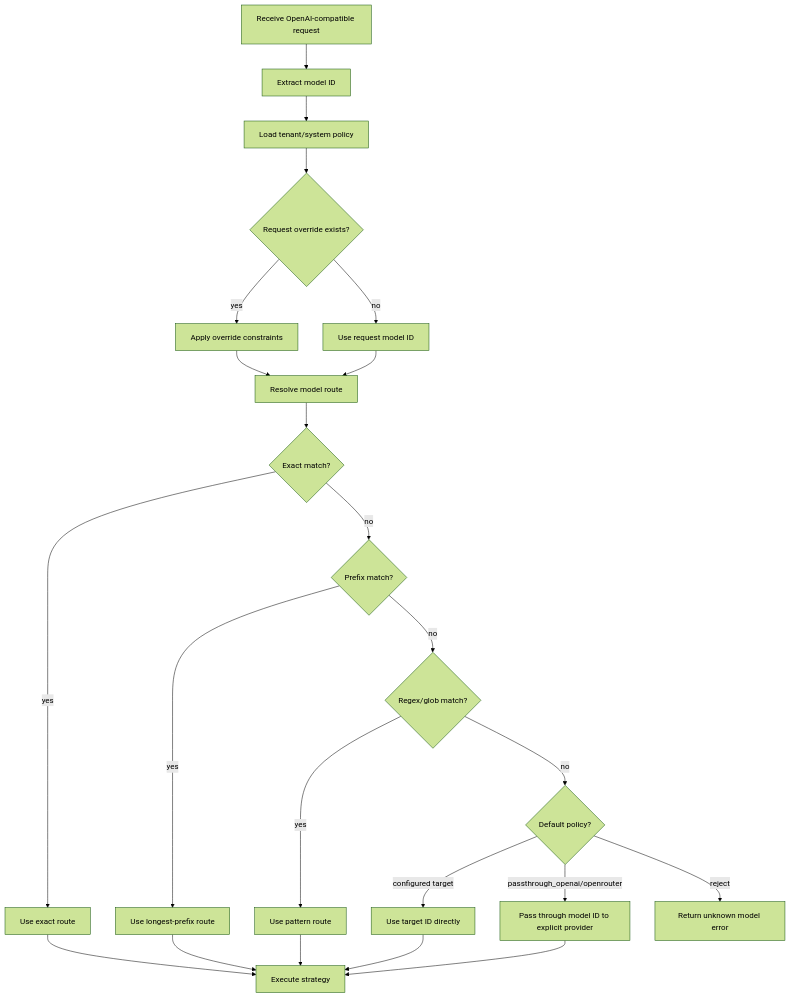
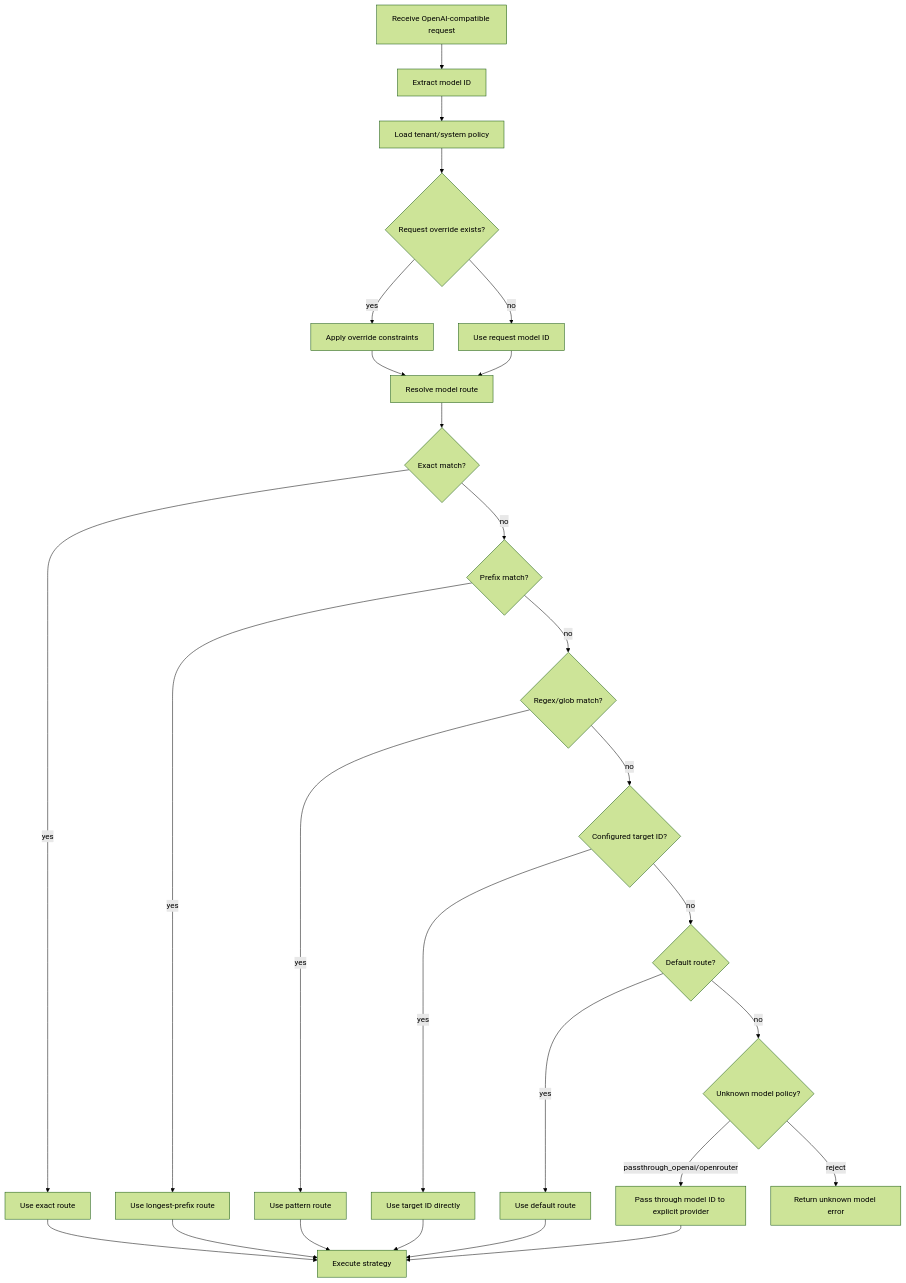
One commit to BlueSkyXN/XRouter changed the first of 14 diagrams in docs/strategy/XROUTER_STRATEGY_DESIGN_FULL.md. Above: the diagram before and after it, drawn with Mermaid (forest theme). The commit also changed other lines of this file and 29 other files, not shown here.

````diff
--- a/docs/strategy/XROUTER_STRATEGY_DESIGN_FULL.md
+++ b/docs/strategy/XROUTER_STRATEGY_DESIGN_FULL.md
@@ -176,25 +176,29 @@
 ```mermaid
 flowchart TD
     A[Receive OpenAI-compatible request] --> B[Extract model ID]
     B --> C[Load tenant/system policy]
     C --> D{Request override exists?}
     D -- yes --> E[Apply override constraints]
     D -- no --> F[Use request model ID]
     E --> G[Resolve model route]
     F --> G
     G --> H{Exact match?}
     H -- yes --> I[Use exact route]
     H -- no --> J{Prefix match?}
     J -- yes --> K[Use longest-prefix route]
     J -- no --> L{Regex/glob match?}
     L -- yes --> M[Use pattern route]
-    L -- no --> N{Default policy?}
-    N -- configured target --> O[Use target ID directly]
-    N -- passthrough_openai/openrouter --> R[Pass through model ID to explicit provider]
-    N -- reject --> P[Return unknown model error]
+    L -- no --> N{Configured target ID?}
+    N -- yes --> O[Use target ID directly]
+    N -- no --> S{Default route?}
+    S -- yes --> T[Use default route]
+    S -- no --> U{Unknown model policy?}
+    U -- passthrough_openai/openrouter --> R[Pass through model ID to explicit provider]
+    U -- reject --> P[Return unknown model error]
     I --> Q[Execute strategy]
     K --> Q
     M --> Q
     O --> Q
+    T --> Q
     R --> Q
 ```
````
